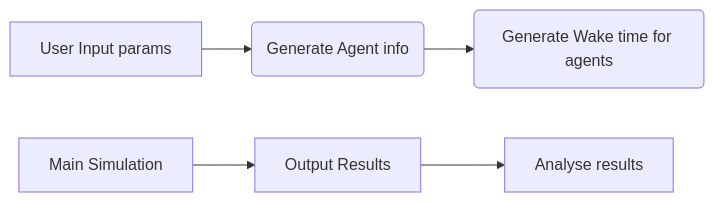
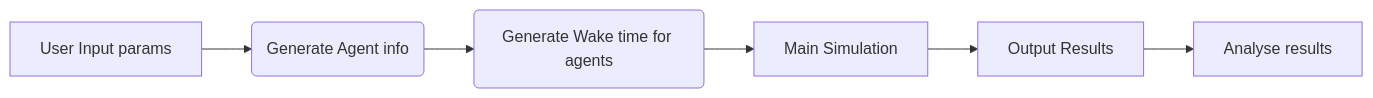
One commit to patrick-liston/Market_Simulator_dev changed the first of 2 diagrams in README.md. Above: the diagram before and after it, drawn with Mermaid.

````diff
--- a/README.md
+++ b/README.md
@@ -53,6 +53,6 @@
 ```mermaid
 graph LR
-A[User Input params] -->B(Generate Agent info) --> C(Generate Wake time for agents)
+A[User Input params] -->B(Generate Agent info) --> C(Generate Wake time for agents) -->
 D[Main Simulation] -->  E[Output Results] -->  F[Analyse results]
 
 ```
````
